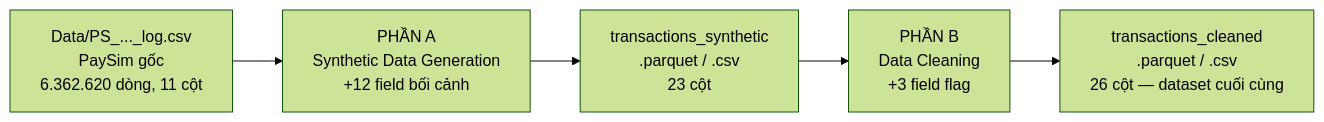
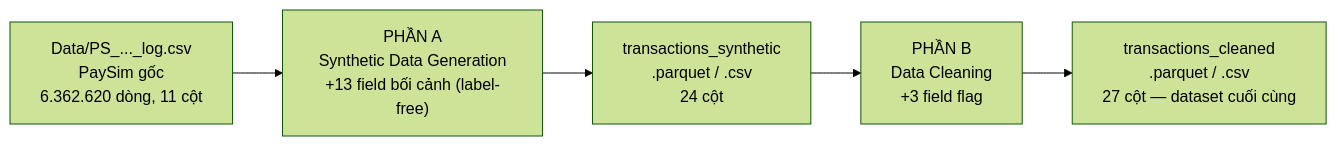
One commit to sutobode/BA_Project changed the first of 9 diagrams in README.md. Above: the diagram before and after it, drawn with Mermaid (forest theme). The commit also changed other lines of this file and 2 other files, not shown here.

````diff
--- a/README.md
+++ b/README.md
@@ -13,7 +13,7 @@
 ```mermaid
 flowchart LR
-    A["Data/PS_..._log.csv<br/>PaySim gốc<br/>6.362.620 dòng, 11 cột"] --> B["PHẦN A<br/>Synthetic Data Generation<br/>+12 field bối cảnh"]
-    B --> C["transactions_synthetic<br/>.parquet / .csv<br/>23 cột"]
+    A["Data/PS_..._log.csv<br/>PaySim gốc<br/>6.362.620 dòng, 11 cột"] --> B["PHẦN A<br/>Synthetic Data Generation<br/>+13 field bối cảnh (label-free)"]
+    B --> C["transactions_synthetic<br/>.parquet / .csv<br/>24 cột"]
     C --> D["PHẦN B<br/>Data Cleaning<br/>+3 field flag"]
-    D --> E["transactions_cleaned<br/>.parquet / .csv<br/>26 cột — dataset cuối cùng"]
+    D --> E["transactions_cleaned<br/>.parquet / .csv<br/>27 cột — dataset cuối cùng"]
 ```
````
